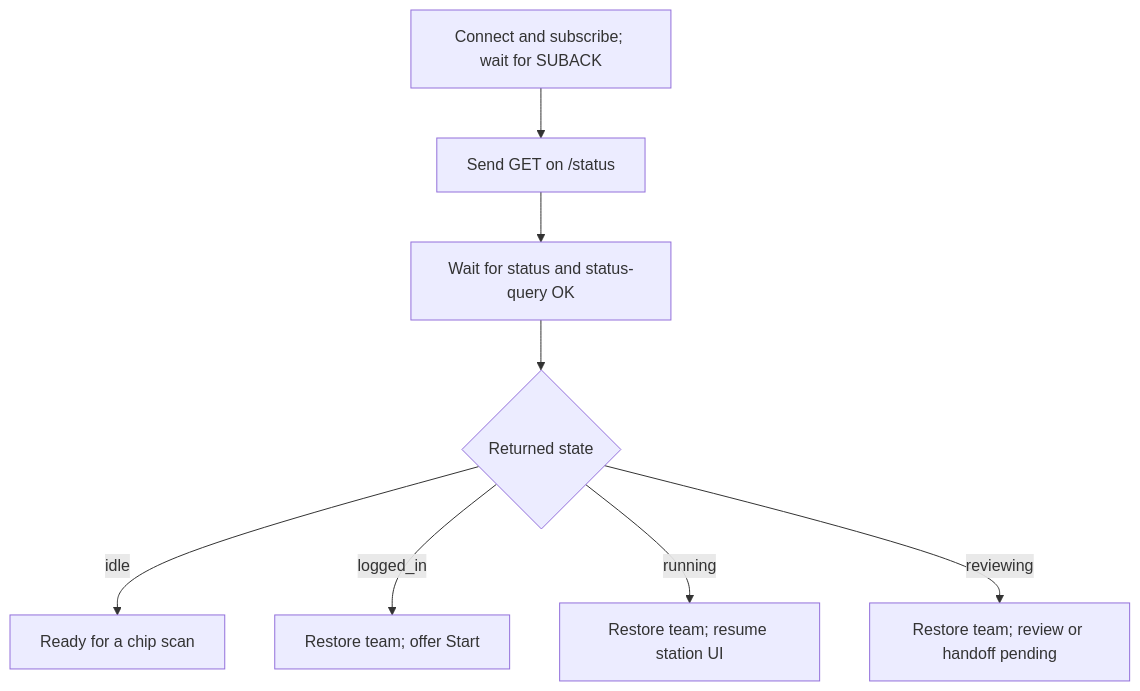
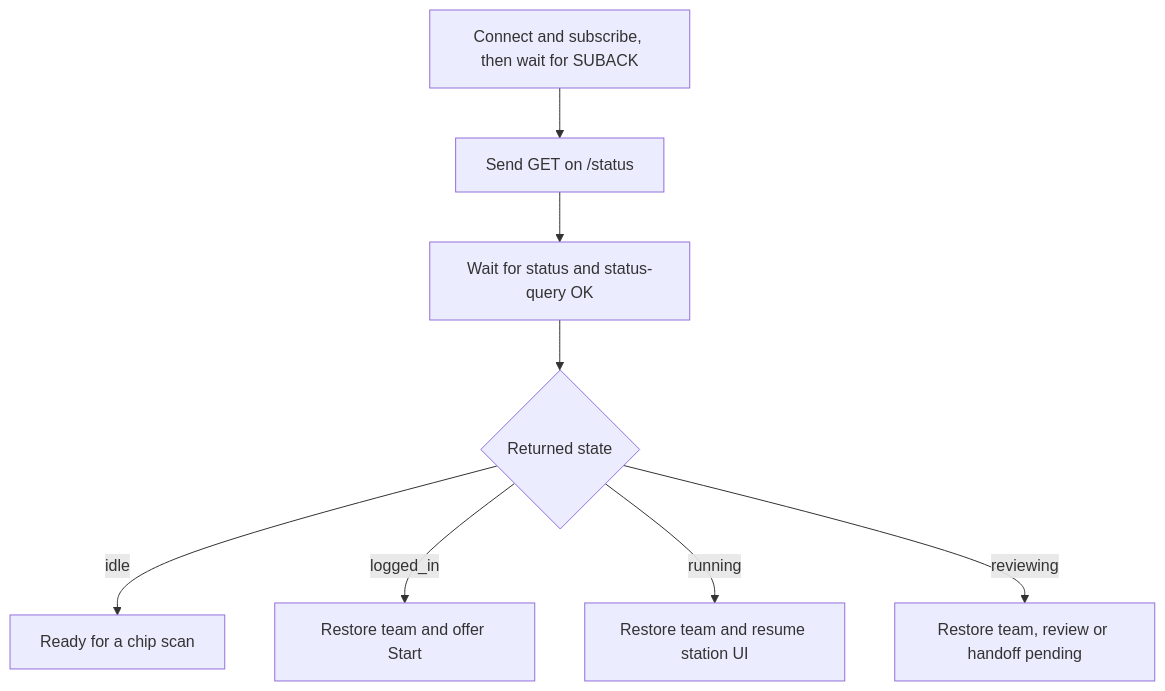
Before and after one commit to GnomUltras/backend: the fourth of 5 diagrams in README.md, drawn with Mermaid. The commit also changed other lines of this file and 3 other files, not shown here.

````diff
--- a/README.md
+++ b/README.md
@@ -227,10 +230,10 @@
 ```mermaid
 flowchart TD
-    C[Connect and subscribe; wait for SUBACK] --> Q[Send GET on /status]
+    C["Connect and subscribe, then wait for SUBACK"] --> Q["Send GET on /status"]
     Q --> W[Wait for status and status-query OK]
     W --> D{Returned state}
     D -->|idle| I[Ready for a chip scan]
-    D -->|logged_in| L[Restore team; offer Start]
-    D -->|running| R[Restore team; resume station UI]
-    D -->|reviewing| V[Restore team; review or handoff pending]
+    D -->|logged_in| L["Restore team and offer Start"]
+    D -->|running| R["Restore team and resume station UI"]
+    D -->|reviewing| V["Restore team, review or handoff pending"]
 ```
````
